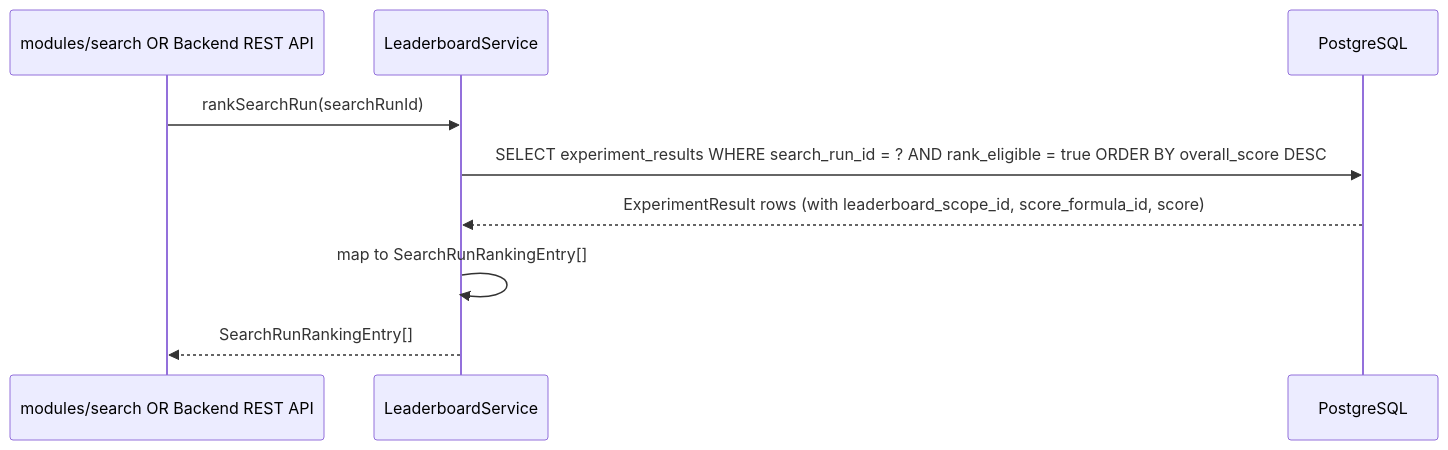
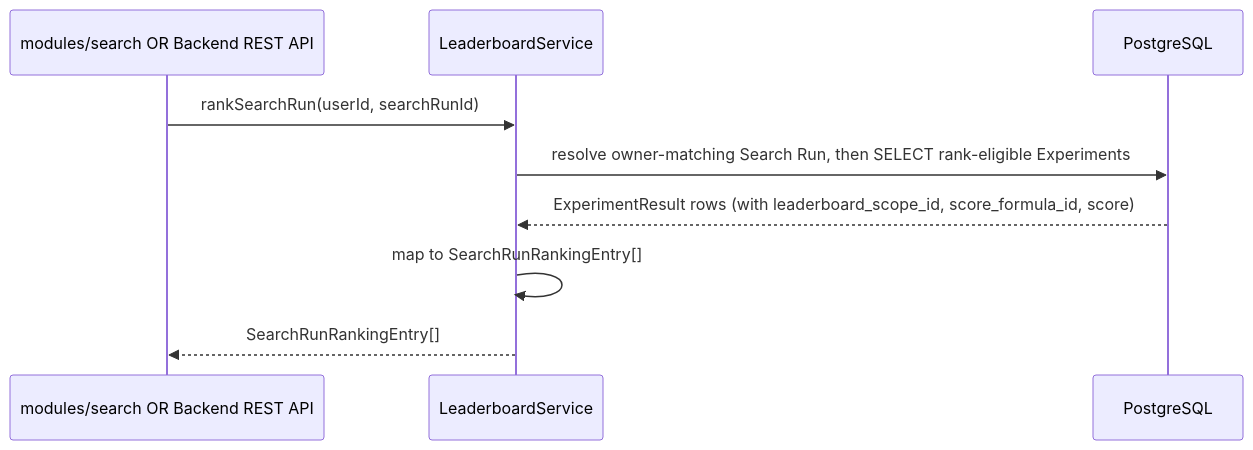
The fifth of 7 diagrams in openspec/specs/ranking-spec.md (thanhdatttt/Cryptox), drawn with Mermaid before and after one commit. The commit also changed other lines of this file and 10 other files, not shown here.

````diff
--- a/openspec/specs/ranking-spec.md
+++ b/openspec/specs/ranking-spec.md
@@ -268,12 +276,12 @@
 ```mermaid
 sequenceDiagram
     participant S as modules/search OR Backend REST API
     participant LB as LeaderboardService
     participant PG as PostgreSQL
 
-    S->>LB: rankSearchRun(searchRunId)
-    LB->>PG: SELECT experiment_results WHERE search_run_id = ? AND rank_eligible = true ORDER BY overall_score DESC
+    S->>LB: rankSearchRun(userId, searchRunId)
+    LB->>PG: resolve owner-matching Search Run, then SELECT rank-eligible Experiments
     PG-->>LB: ExperimentResult rows (with leaderboard_scope_id, score_formula_id, score)
     LB->>LB: map to SearchRunRankingEntry[]
     LB-->>S: SearchRunRankingEntry[]
 ```
````
